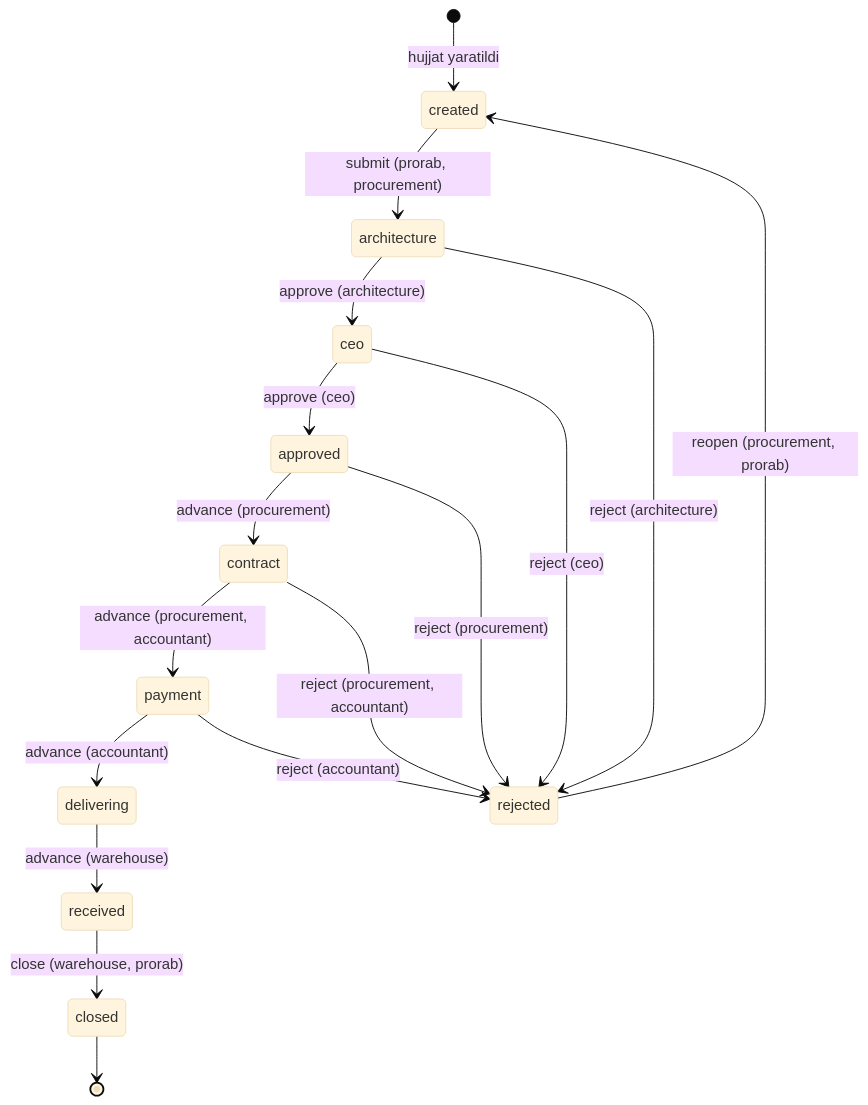
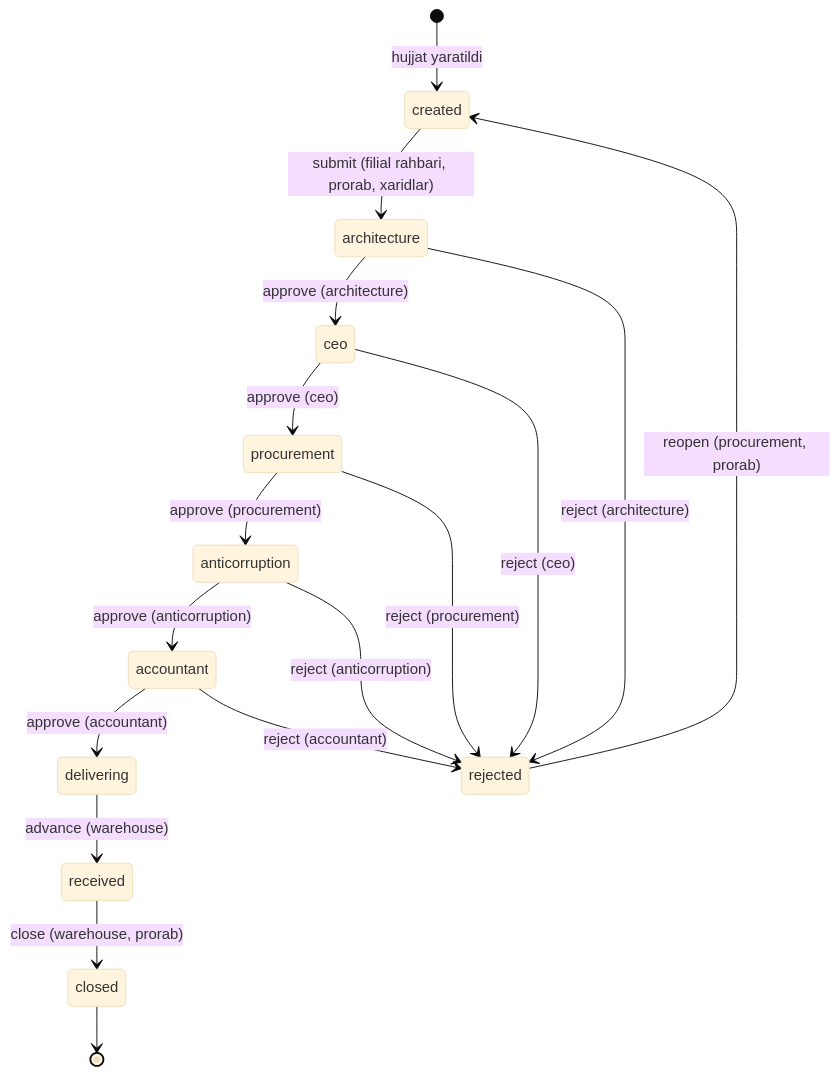
Before and after one commit to muslimbek77/e-ombor: the diagram in docs/TIZIM.md, drawn with Mermaid (base theme). The commit also changed other lines of this file and 15 other files, not shown here.

````diff
--- a/docs/TIZIM.md
+++ b/docs/TIZIM.md
@@ -202,19 +234,19 @@
 ```mermaid
 stateDiagram-v2
     [*] --> created: hujjat yaratildi
-    created --> architecture: submit (prorab, procurement)
+    created --> architecture: submit (filial rahbari, prorab, xaridlar)
     architecture --> ceo: approve (architecture)
     architecture --> rejected: reject (architecture)
-    ceo --> approved: approve (ceo)
+    ceo --> procurement: approve (ceo)
     ceo --> rejected: reject (ceo)
-    approved --> contract: advance (procurement)
-    approved --> rejected: reject (procurement)
-    contract --> payment: advance (procurement, accountant)
-    contract --> rejected: reject (procurement, accountant)
-    payment --> delivering: advance (accountant)
-    payment --> rejected: reject (accountant)
+    procurement --> anticorruption: approve (procurement)
+    procurement --> rejected: reject (procurement)
+    anticorruption --> accountant: approve (anticorruption)
+    anticorruption --> rejected: reject (anticorruption)
+    accountant --> delivering: approve (accountant)
+    accountant --> rejected: reject (accountant)
     delivering --> received: advance (warehouse)
     received --> closed: close (warehouse, prorab)
     rejected --> created: reopen (procurement, prorab)
     closed --> [*]
 ```
````
